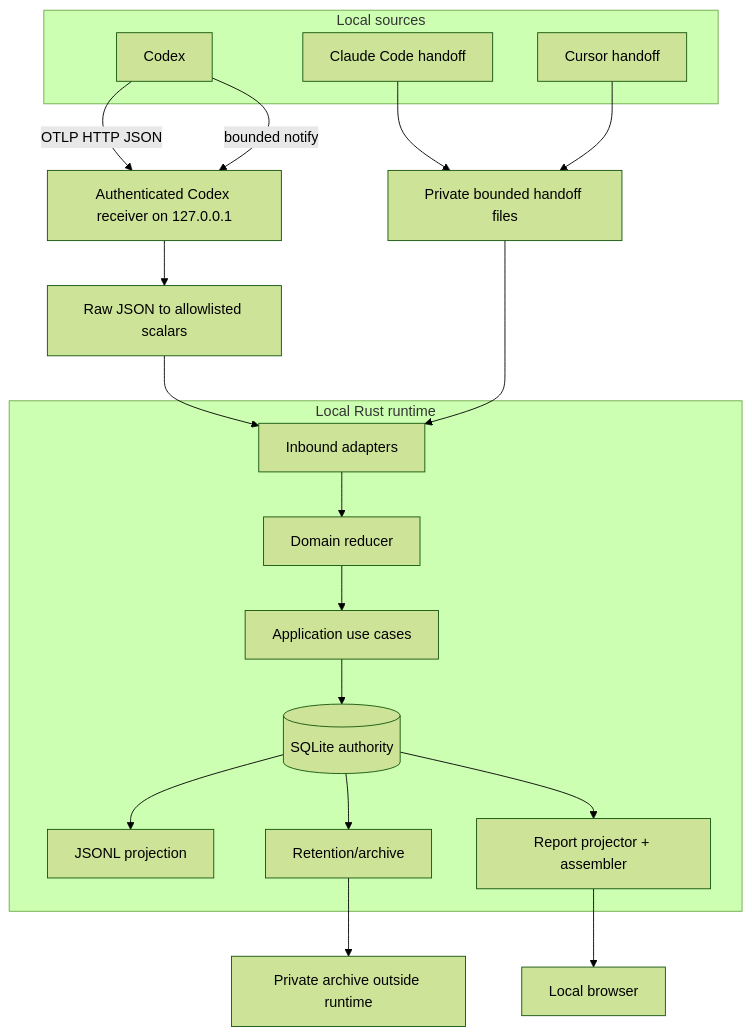
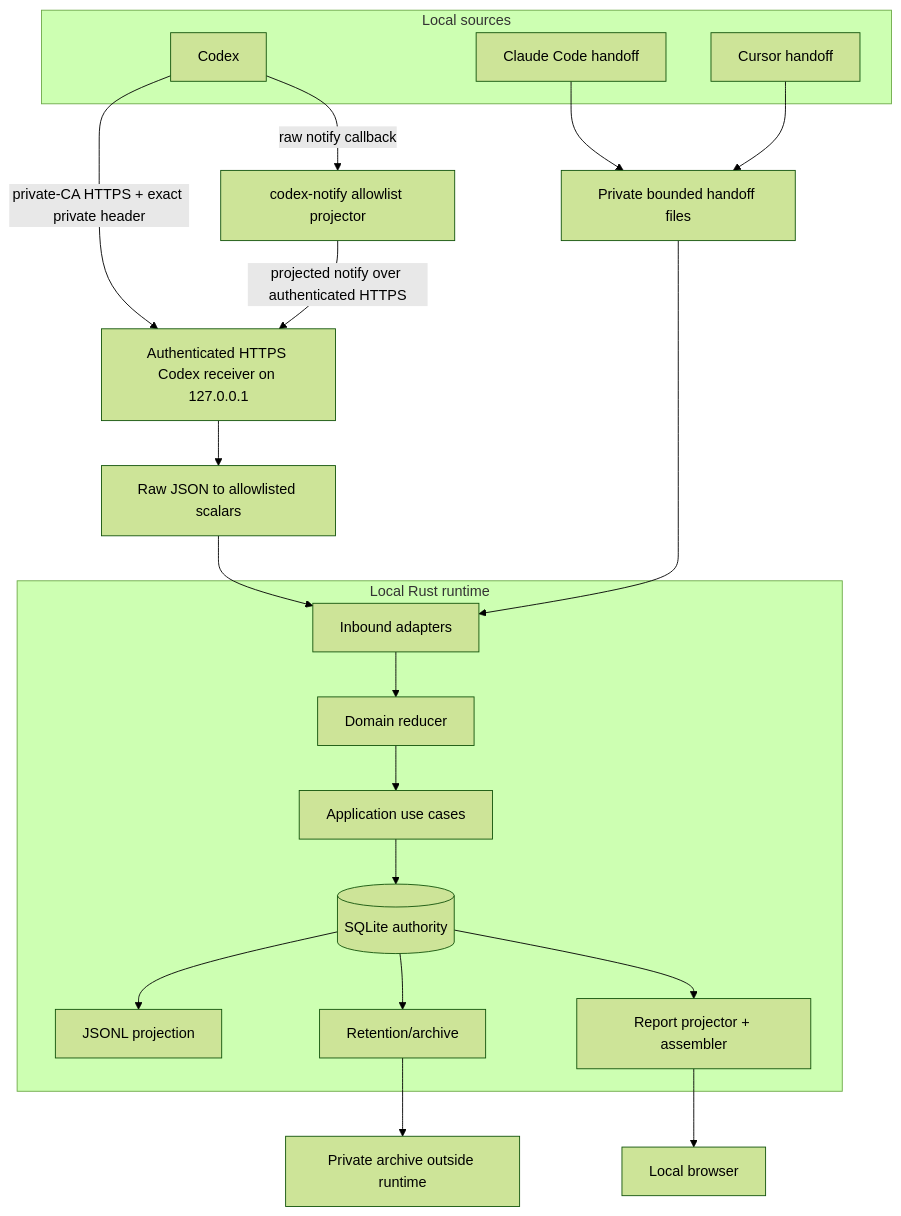
One commit to MCprotein/agent-observability changed the first of 8 diagrams in docs/COLLECTION_FLOW.md. Above: the diagram before and after it, drawn with Mermaid (forest theme). The commit also changed other lines of this file and 25 other files, not shown here.

````diff
--- a/docs/COLLECTION_FLOW.md
+++ b/docs/COLLECTION_FLOW.md
@@ -29,35 +30,36 @@
 ```mermaid
 flowchart TB
     subgraph Sources["Local sources"]
         Codex["Codex"]
         Claude["Claude Code handoff"]
         Cursor["Cursor handoff"]
     end
 
-    Receiver["Authenticated Codex receiver on 127.0.0.1"]
+    Receiver["Authenticated HTTPS Codex receiver on 127.0.0.1"]
     Allowlist["Raw JSON to allowlisted scalars"]
     Files["Private bounded handoff files"]
 
     subgraph Runtime["Local Rust runtime"]
         Adapters["Inbound adapters"]
         Domain["Domain reducer"]
         App["Application use cases"]
         Store[("SQLite authority")]
         Projection["JSONL projection"]
         Retention["Retention/archive"]
         Report["Report projector + assembler"]
     end
 
     Browser["Local browser"]
     Archive["Private archive outside runtime"]
 
-    Codex -->|"OTLP HTTP JSON"| Receiver
-    Codex -->|"bounded notify"| Receiver
+    Codex -->|"private-CA HTTPS + exact private header"| Receiver
+    Codex -->|"raw notify callback"| Notify["codex-notify allowlist projector"]
+    Notify -->|"projected notify over authenticated HTTPS"| Receiver
     Receiver --> Allowlist --> Adapters
     Claude --> Files
     Cursor --> Files
     Files --> Adapters --> Domain --> App --> Store
     Store --> Projection
     Store --> Retention --> Archive
     Store --> Report --> Browser
 ```
````
